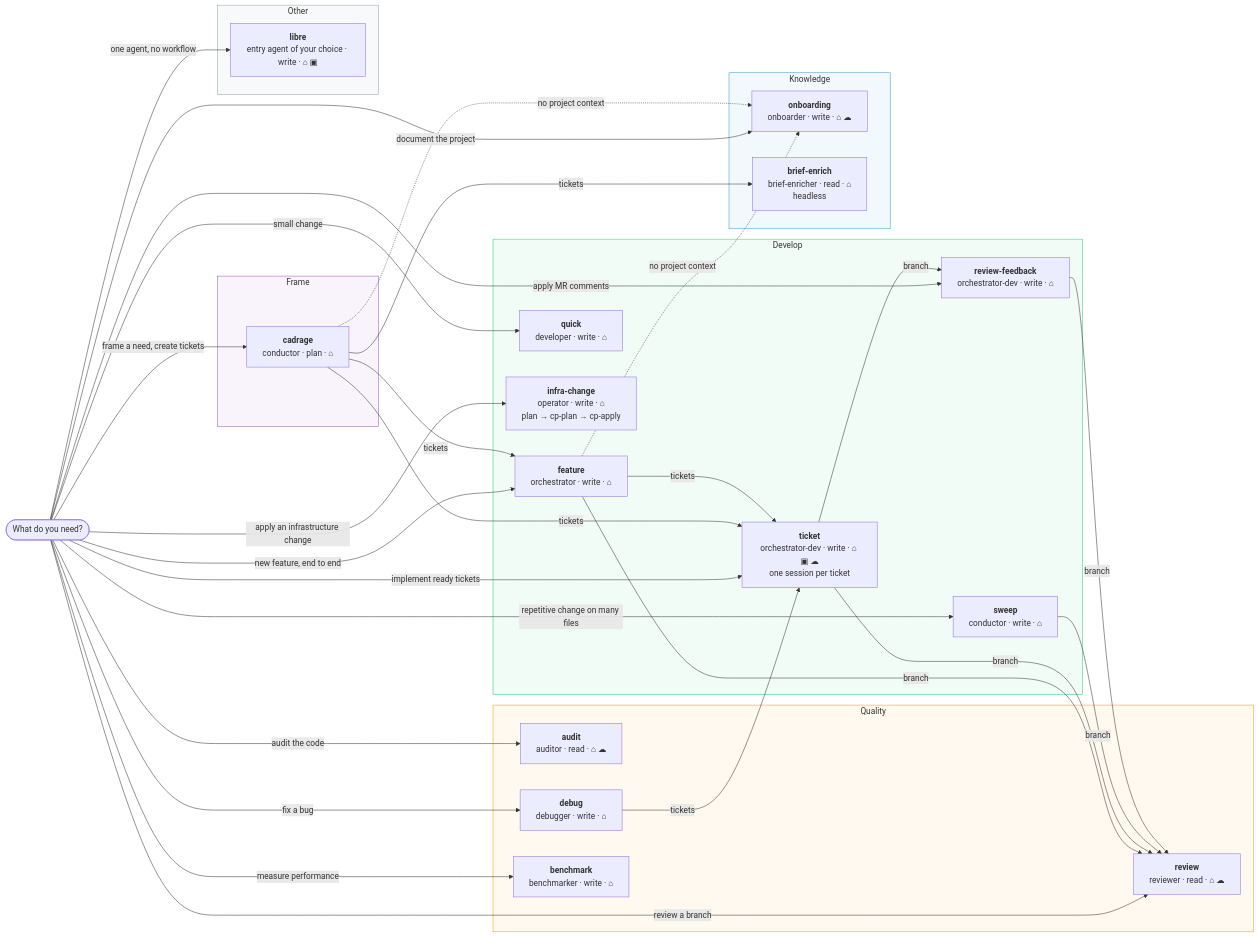
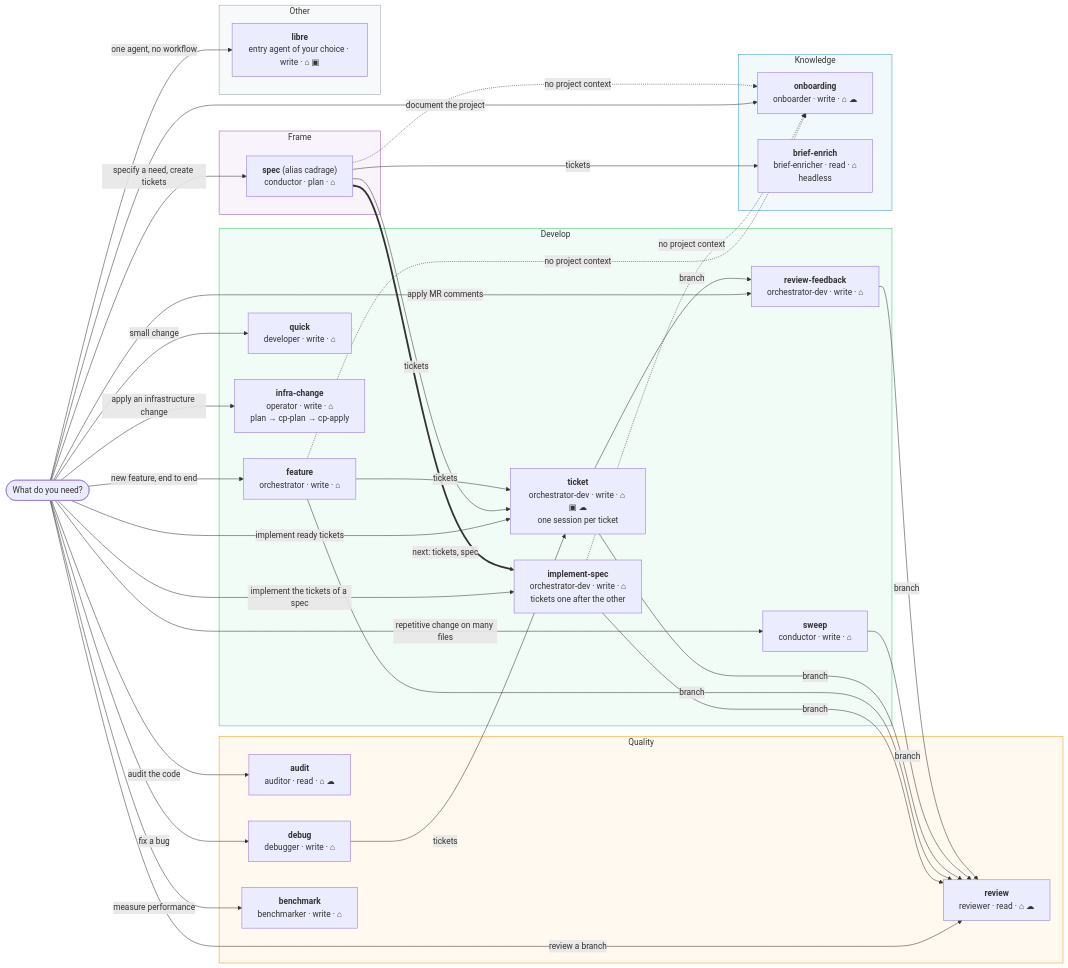
Before and after one commit to datichb/openhub: the diagram in docs/diagrams/workflow-scenarios-map.mermaid, drawn with Mermaid. The commit also changed 16 other files, not shown here.

Commit message:
docs: next:, outputs recorded by oh, session sources and aliases; implement-spec workflow, cadrage as an alias of spec, oh session next (modernisation R5)

```diff
--- a/docs/diagrams/workflow-scenarios-map.mermaid
+++ b/docs/diagrams/workflow-scenarios-map.mermaid
@@ -1,72 +1,78 @@
 %% OpenHub -- Workflow scenarios map (v5)
-%% "What do you need?" -> one of the 14 workflows shipped by the hub
+%% "What do you need?" -> one of the workflows shipped by the hub
 %% (workflows/*.yaml), grouped by category, with their entry agent, risk and
 %% allowed runtimes (⌂ local, ▣ container, ☁ remote).
 %% Solid arrows: "Chain with…" suggestions at the end of a session (a typed output
 %% feeds an input of the next workflow: branch → branch, beads-ids → beads-id(s)).
+%% Thick arrows: steps declared by the workflow (`next:`, R5), proposed first,
+%% with the outputs recorded by oh as inputs; never launched by oh.
 %% Dotted arrows: preconditions (missing project context → run onboarding first, then resume).
 
 flowchart LR
     Start(["What do you need?"])
-    Start -->|"frame a need, create tickets"| CAD
+    Start -->|"specify a need, create tickets"| SPEC
+    Start -->|"implement the tickets of a spec"| IMPL
     Start -->|"new feature, end to end"| FEAT
     Start -->|"implement ready tickets"| TICK
     Start -->|"small change"| QUICK
     Start -->|"repetitive change on many files"| SWEEP
     Start -->|"apply an infrastructure change"| INFRA
     Start -->|"apply MR comments"| RF
     Start -->|"review a branch"| REV
     Start -->|"audit the code"| AUD
     Start -->|"fix a bug"| DBG
     Start -->|"measure performance"| BENCH
     Start -->|"document the project"| ONB
     Start -->|"one agent, no workflow"| LIB
 
     subgraph FRAME ["Frame"]
-        CAD["<b>cadrage</b><br/>conductor · plan · ⌂"]
+        SPEC["<b>spec</b> (alias cadrage)<br/>conductor · plan · ⌂"]
     end
 
     subgraph DEVELOP ["Develop"]
         FEAT["<b>feature</b><br/>orchestrator · write · ⌂"]
+        IMPL["<b>implement-spec</b><br/>orchestrator-dev · write · ⌂<br/>tickets one after the other"]
         TICK["<b>ticket</b><br/>orchestrator-dev · write · ⌂ ▣ ☁<br/>one session per ticket"]
         QUICK["<b>quick</b><br/>developer · write · ⌂"]
         SWEEP["<b>sweep</b><br/>conductor · write · ⌂"]
         INFRA["<b>infra-change</b><br/>operator · write · ⌂<br/>plan → cp-plan → cp-apply"]
         RF["<b>review-feedback</b><br/>orchestrator-dev · write · ⌂"]
     end
 
     subgraph QUALITY ["Quality"]
         REV["<b>review</b><br/>reviewer · read · ⌂ ☁"]
         AUD["<b>audit</b><br/>auditor · read · ⌂ ☁"]
         DBG["<b>debug</b><br/>debugger · write · ⌂"]
         BENCH["<b>benchmark</b><br/>benchmarker · write · ⌂"]
     end
 
     subgraph KNOWLEDGE ["Knowledge"]
         ONB["<b>onboarding</b><br/>onboarder · write · ⌂ ☁"]
         BRF["<b>brief-enrich</b><br/>brief-enricher · read · ⌂<br/>headless"]
     end
 
     subgraph OTHER ["Other"]
         LIB["<b>libre</b><br/>entry agent of your choice · write · ⌂ ▣"]
     end
 
-    CAD -->|"tickets"| TICK
-    CAD -->|"tickets"| FEAT
-    CAD -->|"tickets"| BRF
+    SPEC ==>|"next: tickets, spec"| IMPL
+    SPEC -->|"tickets"| TICK
+    SPEC -->|"tickets"| BRF
+    IMPL -->|"branch"| REV
     FEAT -->|"branch"| REV
     FEAT -->|"tickets"| TICK
     TICK -->|"branch"| REV
     TICK -->|"branch"| RF
     SWEEP -->|"branch"| REV
     RF -->|"branch"| REV
     DBG -->|"tickets"| TICK
 
     FEAT -.->|"no project context"| ONB
-    CAD -.->|"no project context"| ONB
+    SPEC -.->|"no project context"| ONB
+    IMPL -.->|"no project context"| ONB
 
     style FRAME fill:#9b59b610,stroke:#9b59b6
     style DEVELOP fill:#2ecc7110,stroke:#2ecc71
     style QUALITY fill:#f39c1210,stroke:#f39c12
     style KNOWLEDGE fill:#3498db10,stroke:#3498db
     style OTHER fill:#95a5a610,stroke:#95a5a6
```
